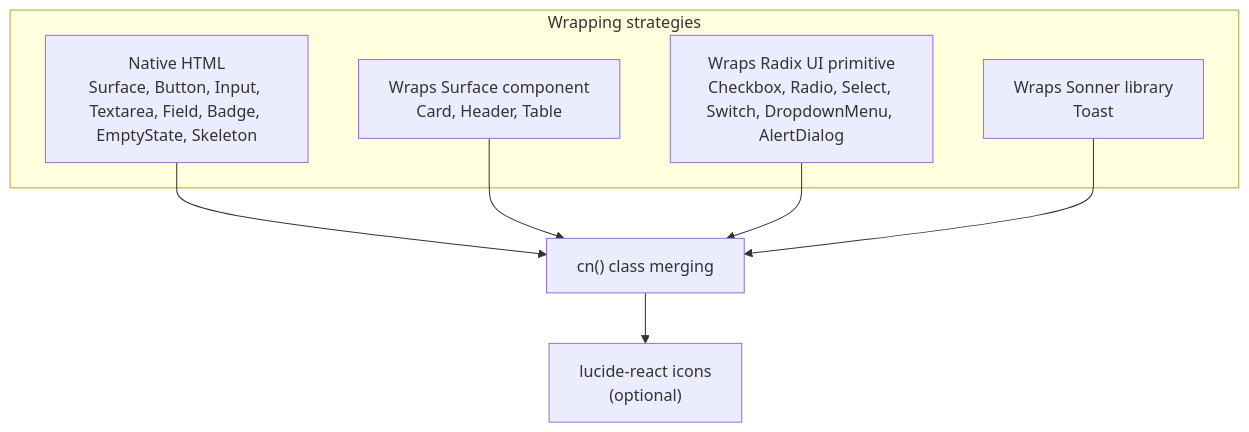
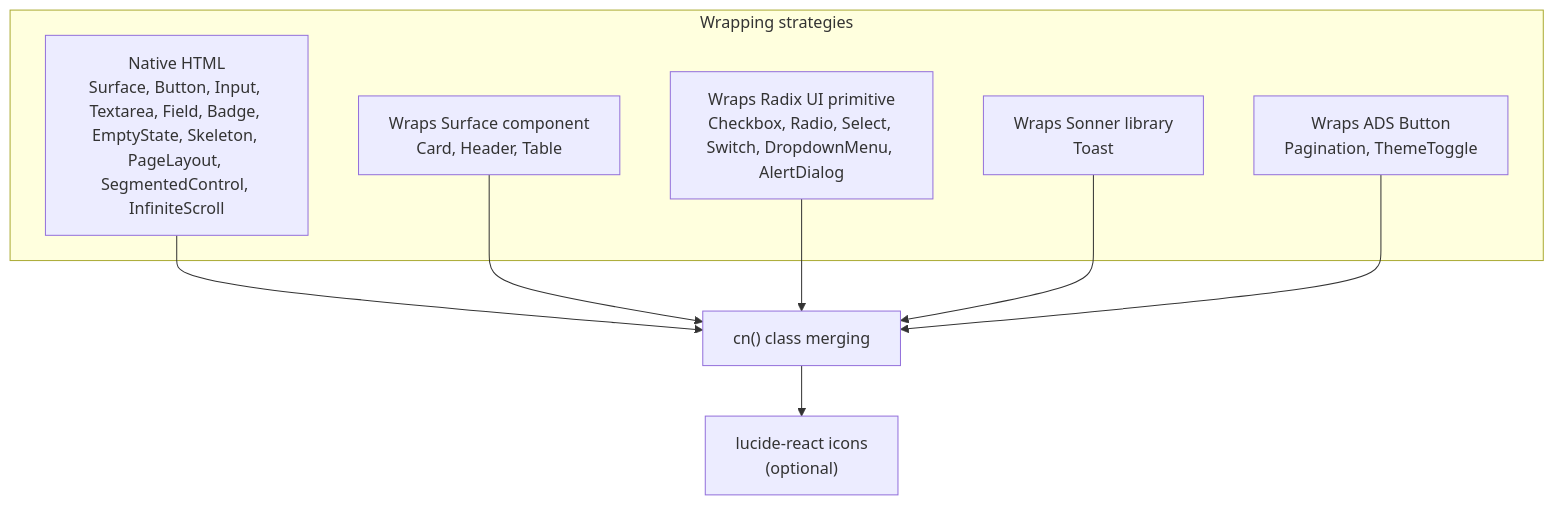
One commit to fuadrifki/almaarif-jambi-plus changed the sixth of 11 diagrams in .ai/ARCHITECTURE.md. Above: the diagram before and after it, drawn with Mermaid. The commit also changed other lines of this file and 7 other files, not shown here.

````diff
--- a/.ai/ARCHITECTURE.md
+++ b/.ai/ARCHITECTURE.md
@@ -498,16 +528,18 @@
 ```mermaid
 graph TD
     subgraph "Wrapping strategies"
-        NATIVE["Native HTML<br/>Surface, Button, Input, Textarea, Field, Badge, EmptyState, Skeleton"]
+        NATIVE["Native HTML<br/>Surface, Button, Input, Textarea, Field, Badge, EmptyState, Skeleton, PageLayout, SegmentedControl, InfiniteScroll"]
         SURFACE_WRAP["Wraps Surface component<br/>Card, Header, Table"]
         RADIX["Wraps Radix UI primitive<br/>Checkbox, Radio, Select, Switch, DropdownMenu, AlertDialog"]
         SONNER_WRAP["Wraps Sonner library<br/>Toast"]
+        ADS_WRAP["Wraps ADS Button<br/>Pagination, ThemeToggle"]
     end
 
     NATIVE --> CN["cn() class merging"]
     SURFACE_WRAP --> CN
     RADIX --> CN
     SONNER_WRAP --> CN
+    ADS_WRAP --> CN
 
     CN --> LU["lucide-react icons<br/>(optional)"]
 ```
````
